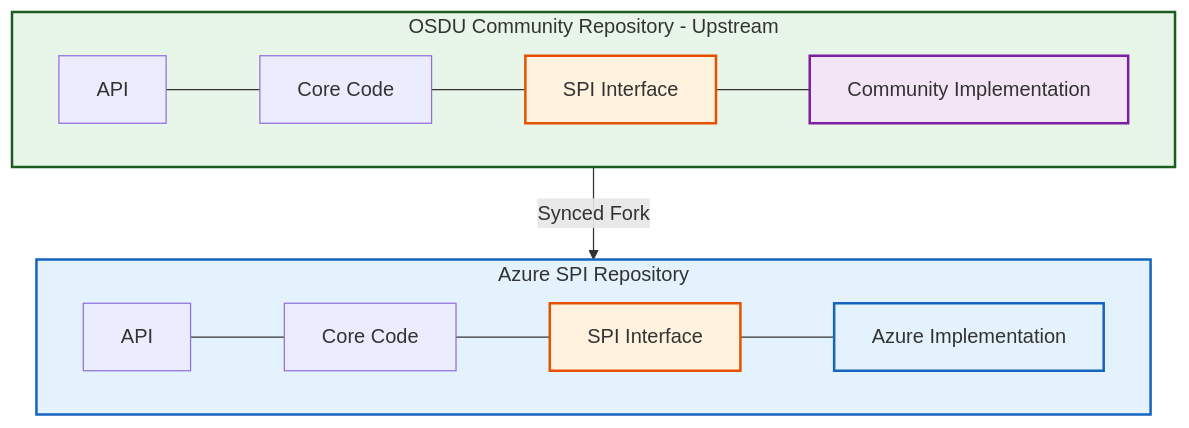
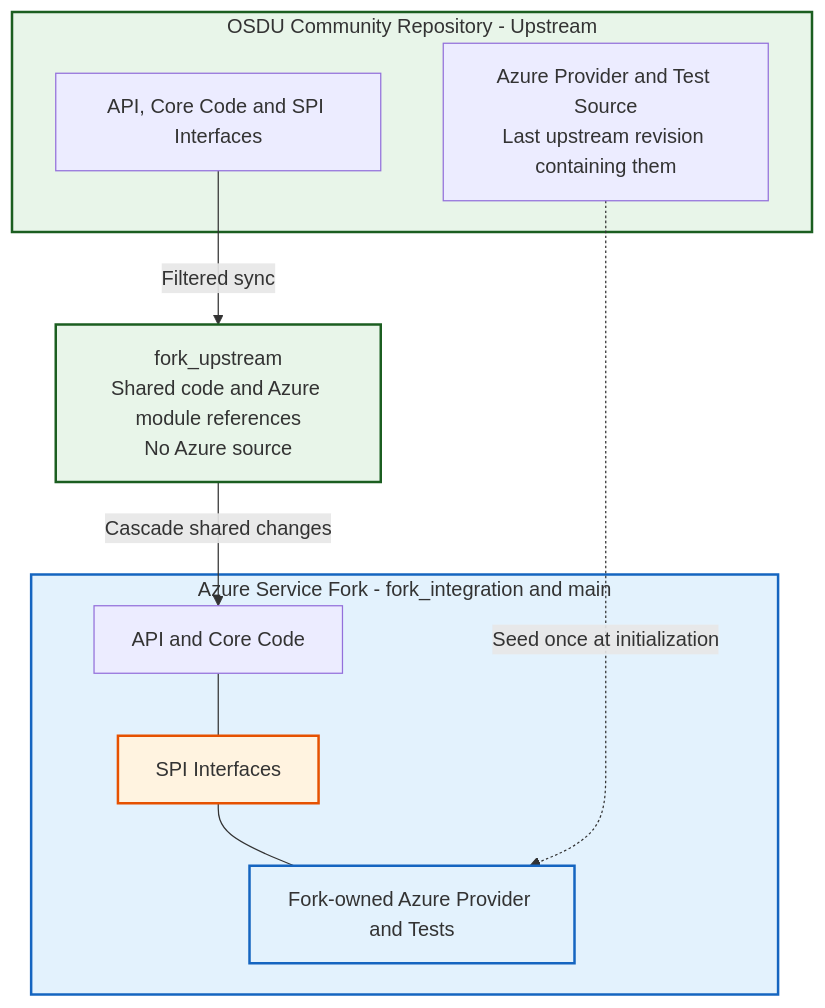
The first of 2 diagrams in doc/src/concepts.md (Azure/osdu-spi), drawn with Mermaid before and after one commit. The commit also changed other lines of this file, not shown here.

Commit message:
docs: clarify fork-owned Azure source in concepts

````diff
--- a/doc/src/concepts.md
+++ b/doc/src/concepts.md
@@ -7,19 +7,22 @@
 ```mermaid
 graph TB
     subgraph Community["OSDU Community Repository - Upstream"]
-        A1[API] --- B1[Core Code] --- C1[SPI Interface] --- D1[Community Implementation]
+        Shared["API, Core Code and SPI Interfaces"]
+        Seed["Azure Provider and Test Source<br/>Last upstream revision containing them"]
     end
-    
-    Community -->|Synced Fork| Fork
-    
-    subgraph Fork["Azure SPI Repository"]
-        A2[API] --- B2[Core Code] --- C2[SPI Interface] --- D2[Azure Implementation]
+
+    Shared -->|Filtered sync| Generated["fork_upstream<br/>Shared code and Azure module references<br/>No Azure source"]
+
+    subgraph Fork["Azure Service Fork - fork_integration and main"]
+        Core["API and Core Code"] --- Interface["SPI Interfaces"] --- Azure["Fork-owned Azure Provider and Tests"]
     end
-    
+
+    Generated -->|Cascade shared changes| Core
+    Seed -.->|Seed once at initialization| Azure
+
     style Community fill:#e8f5e9,stroke:#1b5e20,stroke-width:2px
     style Fork fill:#e3f2fd,stroke:#1565c0,stroke-width:2px
-    style C1 fill:#fff3e0,stroke:#e65100,stroke-width:2px
-    style C2 fill:#fff3e0,stroke:#e65100,stroke-width:2px
-    style D1 fill:#f3e5f5,stroke:#7b1fa2,stroke-width:2px
-    style D2 fill:#e3f2fd,stroke:#1565c0,stroke-width:2px
+    style Generated fill:#e8f5e9,stroke:#1b5e20,stroke-width:2px
+    style Interface fill:#fff3e0,stroke:#e65100,stroke-width:2px
+    style Azure fill:#e3f2fd,stroke:#1565c0,stroke-width:2px
 ```
````
